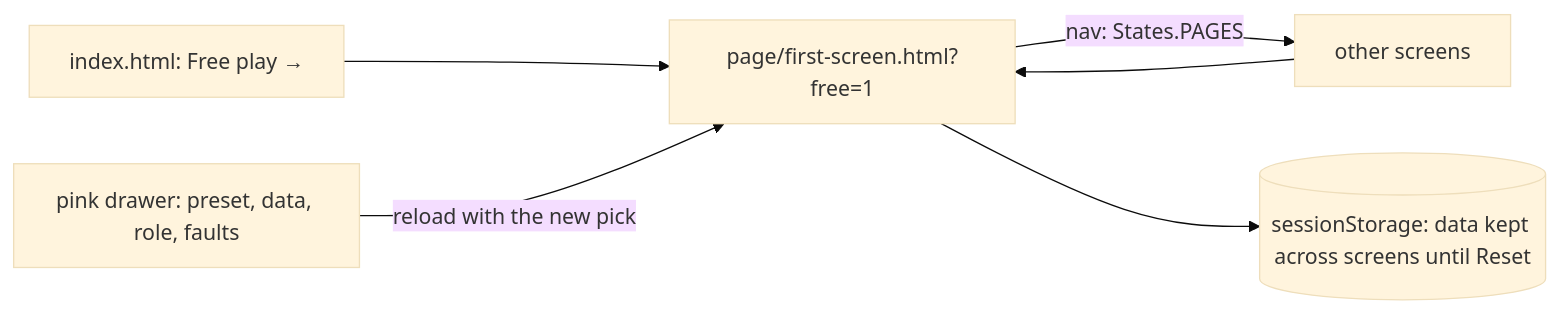
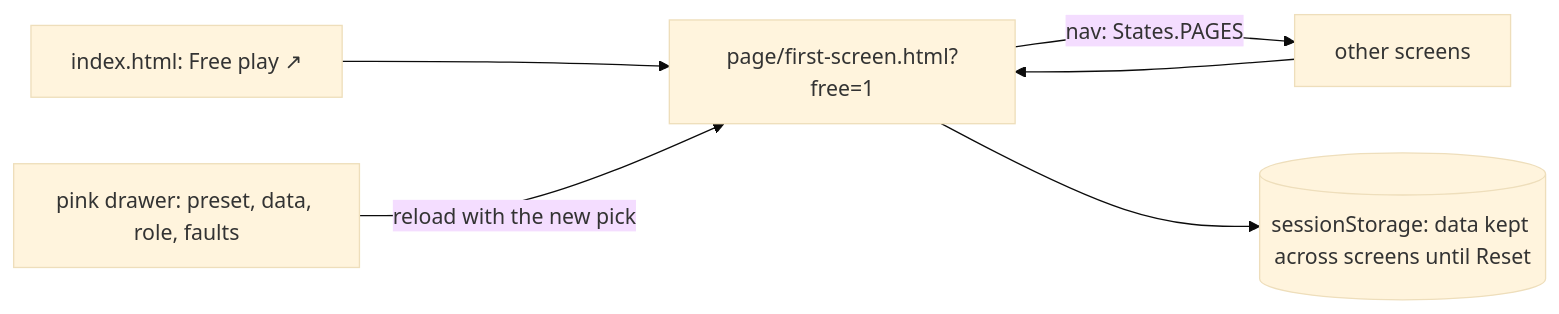
The fourth of 5 diagrams in plugins/naphatwx-tools/skills/generate-mock-ui/README.md (naphatwx/naphatwx-tools), drawn with Mermaid (base theme) before and after one commit. The commit also changed 9 other files, not shown here.

Commit message:
feat(generate-mock-ui): open free play in a new tab

````diff
--- a/plugins/naphatwx-tools/skills/generate-mock-ui/README.md
+++ b/plugins/naphatwx-tools/skills/generate-mock-ui/README.md
@@ -83,8 +83,8 @@
 ```mermaid
 graph LR
-    IDX["index.html: Free play →"] --> PG["page/first-screen.html?free=1"]
+    IDX["index.html: Free play ↗"] --> PG["page/first-screen.html?free=1"]
     PG -->|nav: States.PAGES| PG2[other screens]
     PG2 --> PG
     DR["pink drawer: preset, data, role, faults"] -->|reload with the new pick| PG
     PG --> SS[(sessionStorage: data kept across screens until Reset)]
 ```
````
